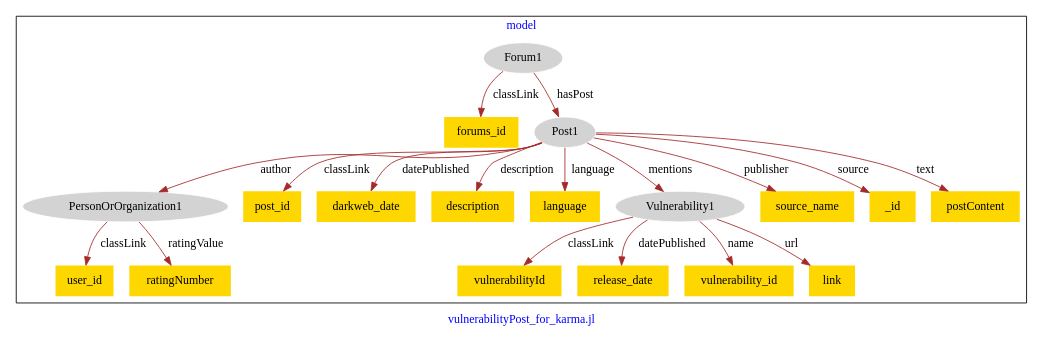
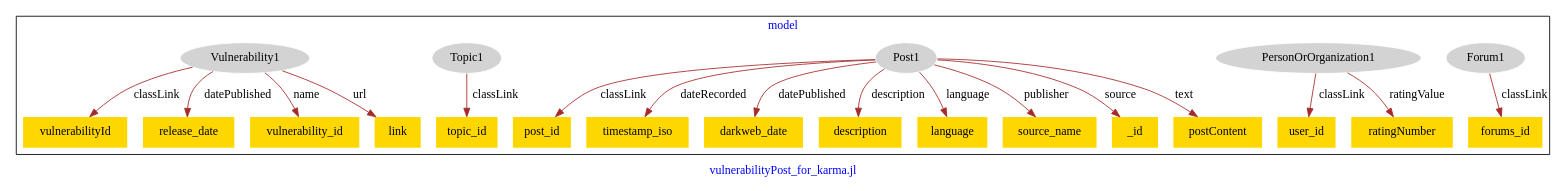
Before and after one commit to usc-isi-i2/effect-alignment: the diagram in models/asu-vulnerability-posts/vulnerabilityPost_for_karma.jl-model.dot, drawn with Graphviz.

Commit message:
Update file vulnerabilityPost_for_karma.jl-model.dot

```diff
--- a/models/asu-vulnerability-posts/vulnerabilityPost_for_karma.jl-model.dot
+++ b/models/asu-vulnerability-posts/vulnerabilityPost_for_karma.jl-model.dot
@@ -1,43 +1,45 @@
 digraph n0 {
 fontcolor="blue"
 remincross="true"
 label="vulnerabilityPost_for_karma.jl"
 subgraph cluster {
 label="model"
 n2[style="filled",color="white",fillcolor="lightgray",label="Forum1"];
 n3[shape="plaintext",style="filled",fillcolor="gold",label="forums_id"];
-n4[style="filled",color="white",fillcolor="lightgray",label="Post1"];
-n5[style="filled",color="white",fillcolor="lightgray",label="PersonOrOrganization1"];
-n6[shape="plaintext",style="filled",fillcolor="gold",label="user_id"];
-n7[shape="plaintext",style="filled",fillcolor="gold",label="ratingNumber"];
+n4[style="filled",color="white",fillcolor="lightgray",label="PersonOrOrganization1"];
+n5[shape="plaintext",style="filled",fillcolor="gold",label="user_id"];
+n6[shape="plaintext",style="filled",fillcolor="gold",label="ratingNumber"];
+n7[style="filled",color="white",fillcolor="lightgray",label="Post1"];
 n8[shape="plaintext",style="filled",fillcolor="gold",label="post_id"];
-n9[shape="plaintext",style="filled",fillcolor="gold",label="darkweb_date"];
-n10[shape="plaintext",style="filled",fillcolor="gold",label="description"];
-n11[shape="plaintext",style="filled",fillcolor="gold",label="language"];
-n12[style="filled",color="white",fillcolor="lightgray",label="Vulnerability1"];
+n9[shape="plaintext",style="filled",fillcolor="gold",label="timestamp_iso"];
+n10[shape="plaintext",style="filled",fillcolor="gold",label="darkweb_date"];
+n11[shape="plaintext",style="filled",fillcolor="gold",label="description"];
+n12[shape="plaintext",style="filled",fillcolor="gold",label="language"];
 n13[shape="plaintext",style="filled",fillcolor="gold",label="source_name"];
 n14[shape="plaintext",style="filled",fillcolor="gold",label="_id"];
 n15[shape="plaintext",style="filled",fillcolor="gold",label="postContent"];
-n16[shape="plaintext",style="filled",fillcolor="gold",label="vulnerabilityId"];
-n17[shape="plaintext",style="filled",fillcolor="gold",label="release_date"];
-n18[shape="plaintext",style="filled",fillcolor="gold",label="vulnerability_id"];
-n19[shape="plaintext",style="filled",fillcolor="gold",label="link"];
+n16[style="filled",color="white",fillcolor="lightgray",label="Topic1"];
+n17[shape="plaintext",style="filled",fillcolor="gold",label="topic_id"];
+n18[style="filled",color="white",fillcolor="lightgray",label="Vulnerability1"];
+n19[shape="plaintext",style="filled",fillcolor="gold",label="vulnerabilityId"];
+n20[shape="plaintext",style="filled",fillcolor="gold",label="release_date"];
+n21[shape="plaintext",style="filled",fillcolor="gold",label="vulnerability_id"];
+n22[shape="plaintext",style="filled",fillcolor="gold",label="link"];
 }
 n2 -> n3[color="brown",fontcolor="black",label="classLink"]
-n2 -> n4[color="brown",fontcolor="black",label="hasPost"]
-n5 -> n6[color="brown",fontcolor="black",label="classLink"]
-n5 -> n7[color="brown",fontcolor="black",label="ratingValue"]
-n4 -> n8[color="brown",fontcolor="black",label="classLink"]
-n4 -> n5[color="brown",fontcolor="black",label="author"]
-n4 -> n9[color="brown",fontcolor="black",label="datePublished"]
-n4 -> n10[color="brown",fontcolor="black",label="description"]
-n4 -> n11[color="brown",fontcolor="black",label="language"]
-n4 -> n12[color="brown",fontcolor="black",label="mentions"]
-n4 -> n13[color="brown",fontcolor="black",label="publisher"]
-n4 -> n14[color="brown",fontcolor="black",label="source"]
-n4 -> n15[color="brown",fontcolor="black",label="text"]
-n12 -> n16[color="brown",fontcolor="black",label="classLink"]
-n12 -> n17[color="brown",fontcolor="black",label="datePublished"]
-n12 -> n18[color="brown",fontcolor="black",label="name"]
-n12 -> n19[color="brown",fontcolor="black",label="url"]
+n4 -> n5[color="brown",fontcolor="black",label="classLink"]
+n4 -> n6[color="brown",fontcolor="black",label="ratingValue"]
+n7 -> n8[color="brown",fontcolor="black",label="classLink"]
+n7 -> n9[color="brown",fontcolor="black",label="dateRecorded"]
+n7 -> n10[color="brown",fontcolor="black",label="datePublished"]
+n7 -> n11[color="brown",fontcolor="black",label="description"]
+n7 -> n12[color="brown",fontcolor="black",label="language"]
+n7 -> n13[color="brown",fontcolor="black",label="publisher"]
+n7 -> n14[color="brown",fontcolor="black",label="source"]
+n7 -> n15[color="brown",fontcolor="black",label="text"]
+n16 -> n17[color="brown",fontcolor="black",label="classLink"]
+n18 -> n19[color="brown",fontcolor="black",label="classLink"]
+n18 -> n20[color="brown",fontcolor="black",label="datePublished"]
+n18 -> n21[color="brown",fontcolor="black",label="name"]
+n18 -> n22[color="brown",fontcolor="black",label="url"]
 }
```
